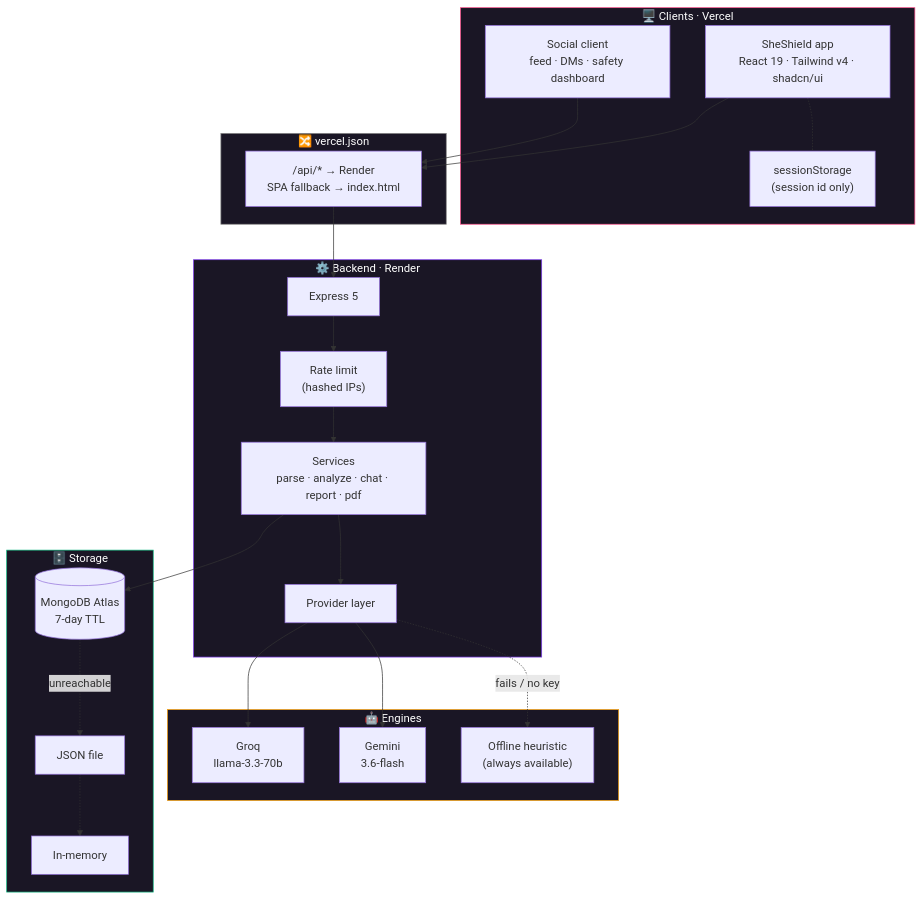
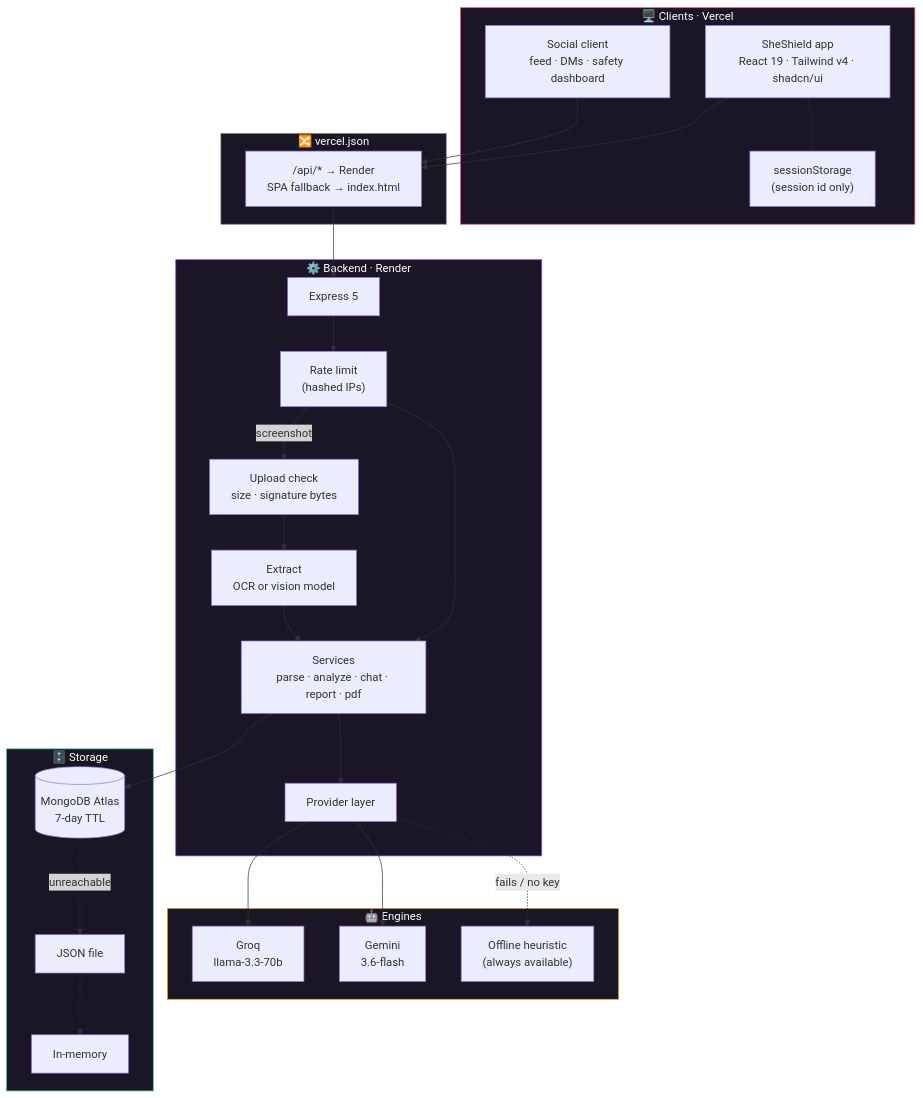
The second of 6 diagrams in README.md (rohithmt18/SheShield-AI), drawn with Mermaid before and after one commit. The commit also changed other lines of this file, not shown here.

````diff
--- a/README.md
+++ b/README.md
@@ -86,46 +87,49 @@
 ```mermaid
 flowchart TB
     subgraph Client["🖥️ Clients · Vercel"]
         UI["SheShield app<br/>React 19 · Tailwind v4 · shadcn/ui"]
         SOC["Social client<br/>feed · DMs · safety dashboard"]
         SS["sessionStorage<br/>(session id only)"]
     end
 
     subgraph Edge["🔀 vercel.json"]
         RW["/api/* → Render<br/>SPA fallback → index.html"]
     end
 
     subgraph API["⚙️ Backend · Render"]
         EX["Express 5"]
         RL["Rate limit<br/>(hashed IPs)"]
+        UP["Upload check<br/>size · signature bytes"]
+        EXT["Extract<br/>OCR or vision model"]
         SVC["Services<br/>parse · analyze · chat · report · pdf"]
         PROV["Provider layer"]
     end
 
     subgraph AI["🤖 Engines"]
         GQ["Groq<br/>llama-3.3-70b"]
         GM["Gemini<br/>3.6-flash"]
         HEU["Offline heuristic<br/>(always available)"]
     end
 
     subgraph Data["🗄️ Storage"]
         MDB[("MongoDB Atlas<br/>7-day TTL")]
         JF["JSON file"]
         MEM["In-memory"]
     end
 
     UI --> RW
     SOC --> RW
     RW --> EX --> RL --> SVC --> PROV
+    RL -->|"screenshot"| UP --> EXT --> SVC
     PROV --> GQ & GM
     PROV -.->|"fails / no key"| HEU
     SVC --> MDB
     MDB -.->|"unreachable"| JF -.-> MEM
     UI -.- SS
 
     style Client fill:#1a1625,stroke:#ff4f8b,color:#fff
     style Edge fill:#1a1625,stroke:#888,color:#fff
     style API fill:#1a1625,stroke:#7c3aed,color:#fff
     style AI fill:#1a1625,stroke:#f59e0b,color:#fff
     style Data fill:#1a1625,stroke:#10b981,color:#fff
 ```
````
